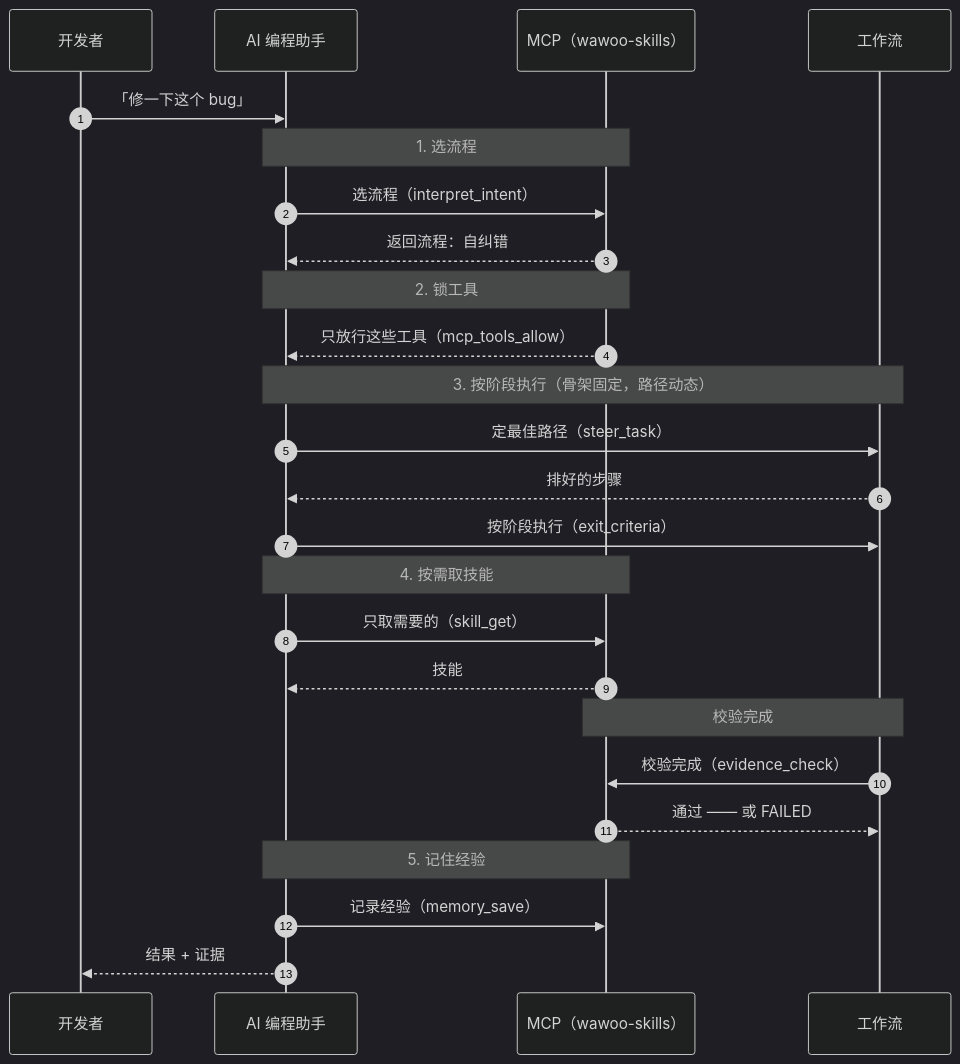
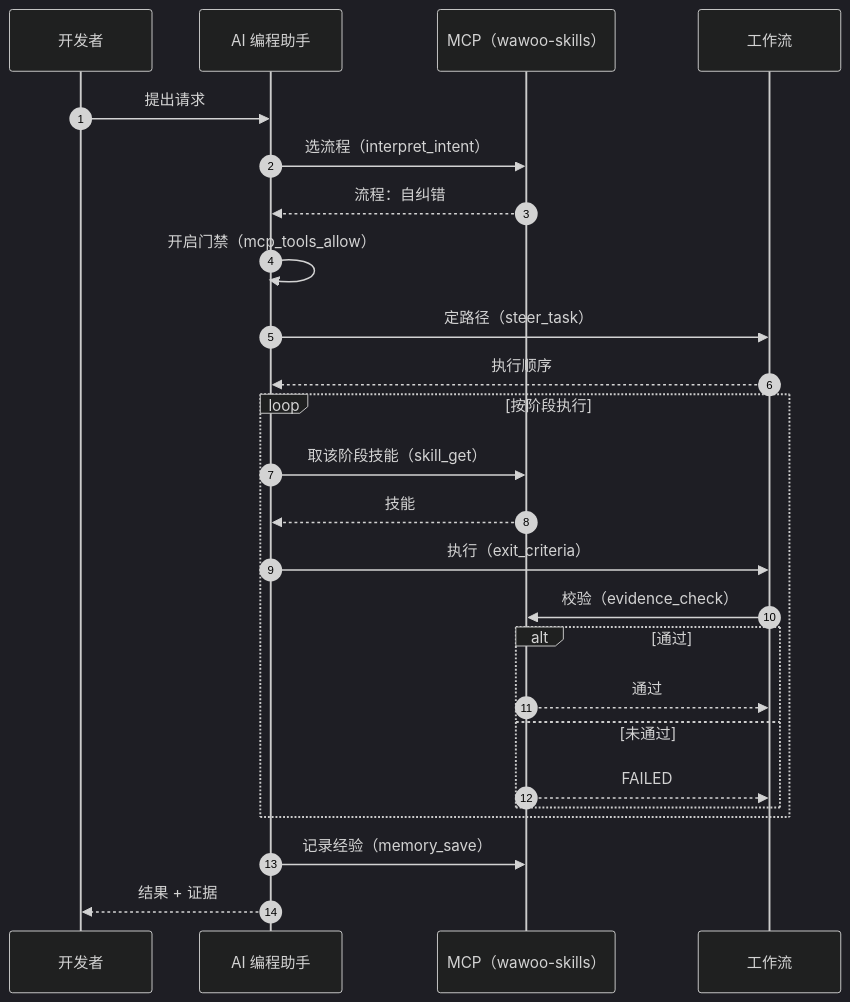
One commit to parkwoo/wawoo-agent-skills changed the diagram in README.zh-CN.md. Above: the diagram before and after it, drawn with Mermaid (dark theme). The commit also changed 3 other files, not shown here.

Commit message:
docs: rewrite the sequence diagram as a clean request/reply with loop + alt (drop redundant notes)

````diff
--- a/README.zh-CN.md
+++ b/README.zh-CN.md
@@ -62,27 +62,27 @@
 ```mermaid
 sequenceDiagram
     autonumber
     participant U as 开发者
     participant A as AI 编程助手
     participant M as MCP（wawoo-skills）
     participant W as 工作流
-    U->>A: 「修一下这个 bug」
-    Note over A,M: 1. 选流程
+    U->>A: 提出请求
     A->>M: 选流程（interpret_intent）
-    M-->>A: 返回流程：自纠错
-    Note over A,M: 2. 锁工具
-    M-->>A: 只放行这些工具（mcp_tools_allow）
-    Note over A,W: 3. 按阶段执行（骨架固定，路径动态）
-    A->>W: 定最佳路径（steer_task）
-    W-->>A: 排好的步骤
-    A->>W: 按阶段执行（exit_criteria）
-    Note over A,M: 4. 按需取技能
-    A->>M: 只取需要的（skill_get）
-    M-->>A: 技能
-    Note over W,M: 校验完成
-    W->>M: 校验完成（evidence_check）
-    M-->>W: 通过 —— 或 FAILED
-    Note over A,M: 5. 记住经验
+    M-->>A: 流程：自纠错
+    A->>A: 开启门禁（mcp_tools_allow）
+    A->>W: 定路径（steer_task）
+    W-->>A: 执行顺序
+    loop 按阶段执行
+        A->>M: 取该阶段技能（skill_get）
+        M-->>A: 技能
+        A->>W: 执行（exit_criteria）
+        W->>M: 校验（evidence_check）
+        alt 通过
+            M-->>W: 通过
+        else 未通过
+            M-->>W: FAILED
+        end
+    end
     A->>M: 记录经验（memory_save）
     A-->>U: 结果 + 证据
 ```
````
